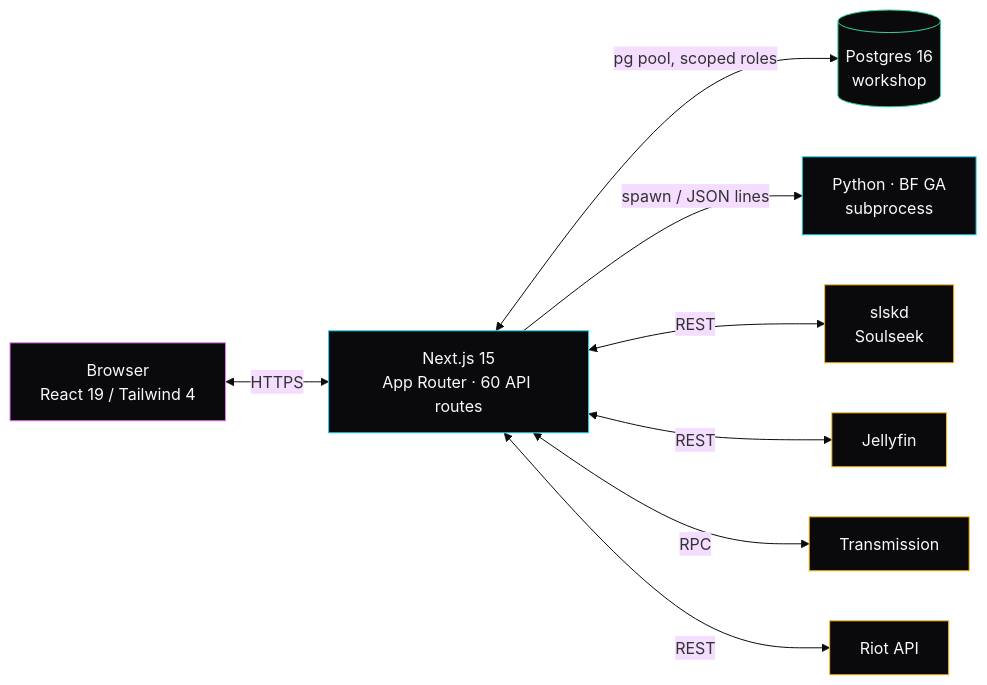
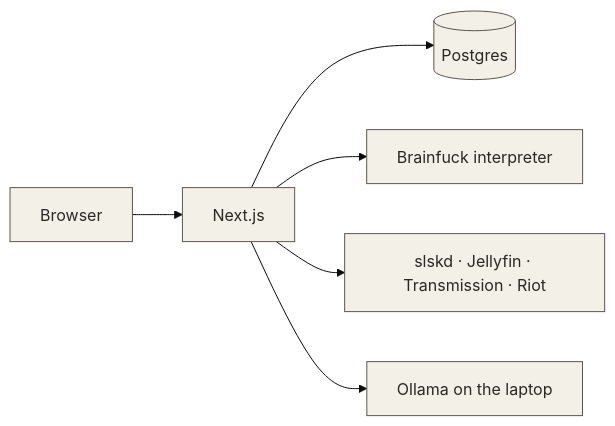
Before and after one commit to dev-gough/workshop: the diagram in README.md, drawn with Mermaid (base theme). The commit also changed other lines of this file and 22 other files, not shown here.

````diff
--- a/README.md
+++ b/README.md
@@ -62,24 +73,16 @@
 ```mermaid
 flowchart LR
-    classDef ui fill:#0a0a0d,stroke:#e879f9,color:#fafafa
-    classDef srv fill:#0a0a0d,stroke:#22d3ee,color:#fafafa
-    classDef data fill:#0a0a0d,stroke:#34d399,color:#fafafa
-    classDef ext fill:#0a0a0d,stroke:#fbbf24,color:#fafafa
+    classDef box fill:#f3f0e8,stroke:#5c564e,color:#2a2724
+    Browser["Browser"]:::box
+    App["Next.js"]:::box
+    DB[("Postgres")]:::box
+    Py["Brainfuck interpreter"]:::box
+    Side["slskd · Jellyfin · Transmission · Riot"]:::box
+    Laptop["Ollama on the laptop"]:::box
 
-    Browser["Browser<br/>React 19 / Tailwind 4"]:::ui
-    Next["Next.js 15<br/>App Router · 60 API routes"]:::srv
-    PG[("Postgres 16<br/>workshop")]:::data
-    PY["Python · BF GA<br/>subprocess"]:::srv
-    Slskd["slskd<br/>Soulseek"]:::ext
-    Jellyfin["Jellyfin"]:::ext
-    Trans["Transmission"]:::ext
-    Riot["Riot API"]:::ext
-
-    Browser <-->|HTTPS| Next
-    Next <-->|pg pool, scoped roles| PG
-    Next -->|spawn / JSON lines| PY
-    Next <-->|REST| Slskd
-    Next <-->|REST| Jellyfin
-    Next <-->|RPC| Trans
-    Next <-->|REST| Riot
+    Browser --> App
+    App --> DB
+    App --> Py
+    App --> Side
+    App --> Laptop
 ```
````
